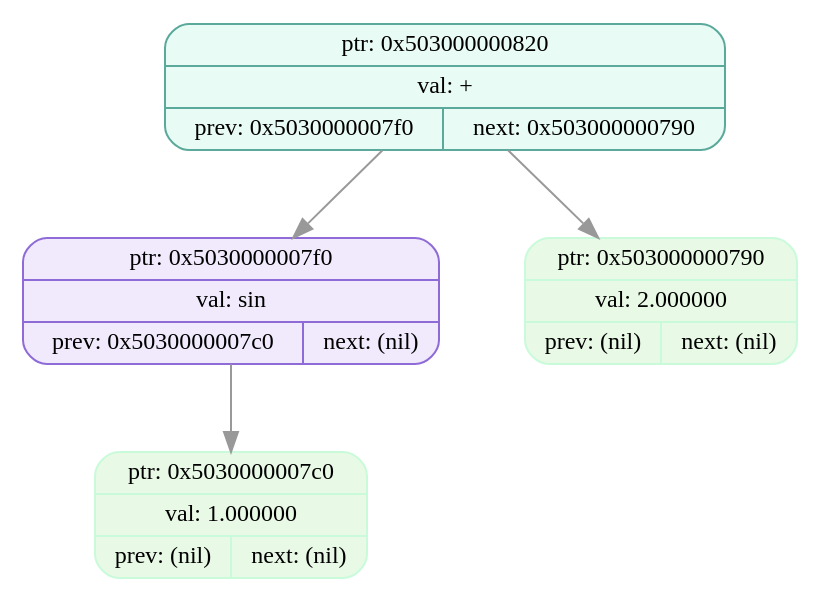
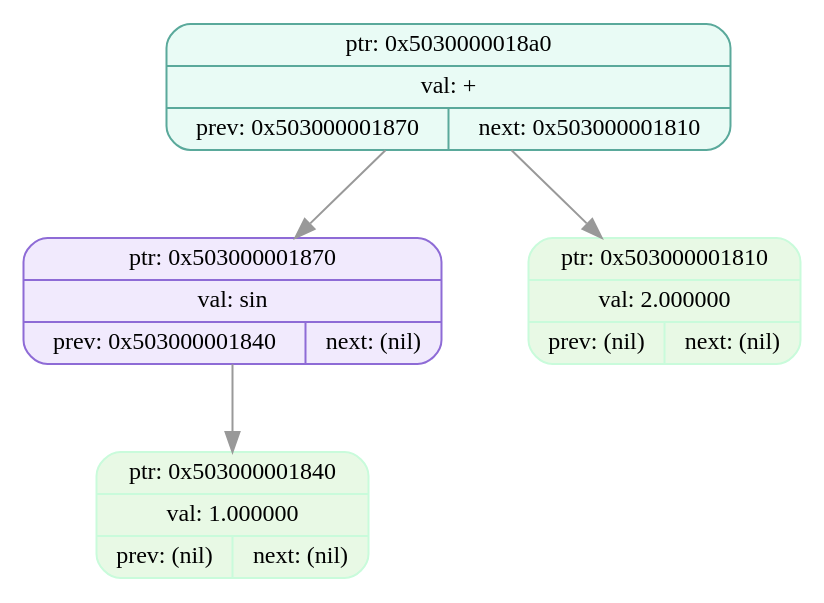
Before and after one commit to EvilTomato9890/Difference: the diagram in dumps/tree_dump_007.dot, drawn with Graphviz. The commit also changed 41 other files, not shown here.

```diff
--- a/dumps/tree_dump_007.dot
+++ b/dumps/tree_dump_007.dot
@@ -1,11 +1,11 @@
 digraph T{
   node [fontname="Fira Mono",shape=record,style="filled,rounded",fontsize=12];
   graph [splines=true, nodesep=0.6, ranksep=0.6];
-  node_0x503000000820[shape=record,label="{ {ptr: 0x503000000820} | {val: +} | { prev: 0x5030000007f0 | next: 0x503000000790 } }",color="#5aa99b",fillcolor="#e9fbf5"];
-  node_0x5030000007f0[shape=record,label="{ {ptr: 0x5030000007f0} | {val: sin} | { prev: 0x5030000007c0 | next: (nil) } }",color="#8e6bd6",fillcolor="#f1eafd"];
-  node_0x5030000007c0[shape=record,label="{ {ptr: 0x5030000007c0} | {val: 1.000000} | { prev: (nil) | next: (nil) } }",color="#c9fbdbff",fillcolor="#e8f9e5ff"];
-  node_0x503000000790[shape=record,label="{ {ptr: 0x503000000790} | {val: 2.000000} | { prev: (nil) | next: (nil) } }",color="#c9fbdbff",fillcolor="#e8f9e5ff"];
-  node_0x503000000820 -> node_0x5030000007f0 [color="#999999"];
-  node_0x503000000820 -> node_0x503000000790 [color="#999999"];
-  node_0x5030000007f0 -> node_0x5030000007c0 [color="#999999"];
+  node_0x5030000018a0[shape=record,label="{ {ptr: 0x5030000018a0} | {val: +} | { prev: 0x503000001870 | next: 0x503000001810 } }",color="#5aa99b",fillcolor="#e9fbf5"];
+  node_0x503000001870[shape=record,label="{ {ptr: 0x503000001870} | {val: sin} | { prev: 0x503000001840 | next: (nil) } }",color="#8e6bd6",fillcolor="#f1eafd"];
+  node_0x503000001840[shape=record,label="{ {ptr: 0x503000001840} | {val: 1.000000} | { prev: (nil) | next: (nil) } }",color="#c9fbdbff",fillcolor="#e8f9e5ff"];
+  node_0x503000001810[shape=record,label="{ {ptr: 0x503000001810} | {val: 2.000000} | { prev: (nil) | next: (nil) } }",color="#c9fbdbff",fillcolor="#e8f9e5ff"];
+  node_0x5030000018a0 -> node_0x503000001870 [color="#999999"];
+  node_0x5030000018a0 -> node_0x503000001810 [color="#999999"];
+  node_0x503000001870 -> node_0x503000001840 [color="#999999"];
 }
```
